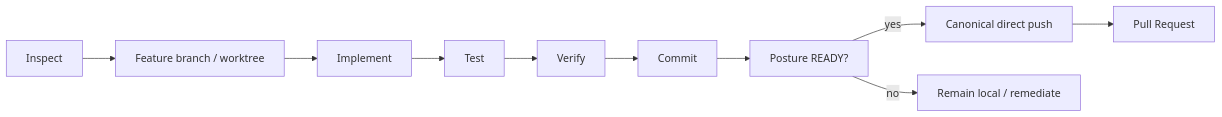
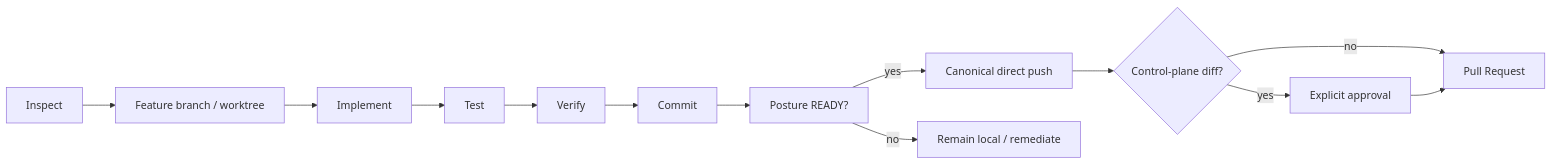
Before and after one commit to tomo-chan/agent-harness: the second of 2 diagrams in AGENTS.md, drawn with Mermaid. The commit also changed other lines of this file, not shown here.

````diff
--- a/AGENTS.md
+++ b/AGENTS.md
@@ -141,12 +150,15 @@
 ```mermaid
 flowchart LR
     I[Inspect] --> W[Feature branch / worktree]
     W --> M[Implement]
     M --> T[Test]
     T --> V[Verify]
     V --> C[Commit]
     C --> P[Posture READY?]
     P -->|yes| U[Canonical direct push]
-    U --> R[Pull Request]
+    U --> X{Control-plane diff?}
+    X -->|yes| A[Explicit approval]
+    X -->|no| R[Pull Request]
+    A --> R
     P -->|no| L[Remain local / remediate]
 ```
````
